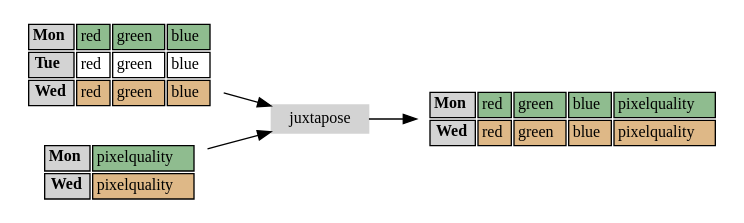
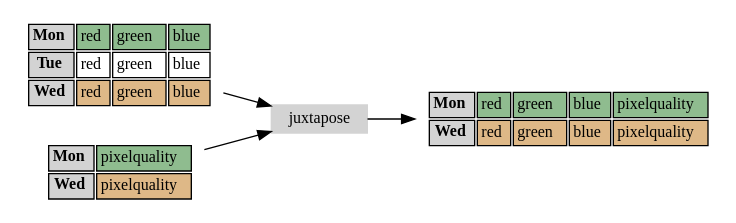
One commit to uchchwhash/virtual-product-showcase changed the diagram in juxtapose.dot. Above: the diagram before and after it, drawn with Graphviz. The commit also changed 7 other files, not shown here.

```diff
--- a/juxtapose.dot
+++ b/juxtapose.dot
@@ -1,60 +1,60 @@
 digraph G {
     rankdir=LR;
-    node [fontname="Bookman", fontsize=12];
+    node [fontname="Bookman; Helvetica", fontsize=12];
     prod1 [shape=plaintext, label=<
     <table border="0" cellborder="1">
     <tr>
     <td bgcolor="lightgray"><b>Mon</b></td>
     <td bgcolor="darkseagreen">red</td>
     <td bgcolor="darkseagreen">green</td>
     <td bgcolor="darkseagreen">blue</td>
     </tr>
     <tr>
     <td bgcolor="lightgray"><b>Tue</b></td>
     <td>red</td>
     <td>green</td>
     <td>blue</td>
     </tr>
     <tr>
     <td bgcolor="lightgray"><b>Wed</b></td>
     <td bgcolor="burlywood">red</td>
     <td bgcolor="burlywood">green</td>
     <td bgcolor="burlywood">blue</td>
     </tr>
     </table>
     >];
     prod2 [shape=plaintext, label=<
     <table border="0" cellborder="1">
     <tr>
     <td bgcolor="lightgray"><b>Mon</b></td>
     <td bgcolor="darkseagreen">pixelquality</td>
     </tr>
     <tr>
     <td bgcolor="lightgray"><b>Wed</b></td>
     <td bgcolor="burlywood">pixelquality</td>
     </tr>
     </table>
     >];
     juxtapose [shape=box, style=filled, color="lightgray", height=0.2];
     prod1 -> juxtapose;
     prod2 -> juxtapose;
     prod12 [shape=plaintext, label=<
     <table border="0" cellborder="1">
     <tr>
     <td bgcolor="lightgray"><b>Mon</b></td>
     <td bgcolor="darkseagreen">red</td>
     <td bgcolor="darkseagreen">green</td>
     <td bgcolor="darkseagreen">blue</td>
     <td bgcolor="darkseagreen">pixelquality</td>
     </tr>
     <tr>
     <td bgcolor="lightgray"><b>Wed</b></td>
     <td bgcolor="burlywood">red</td>
     <td bgcolor="burlywood">green</td>
     <td bgcolor="burlywood">blue</td>
     <td bgcolor="burlywood">pixelquality</td>
     </tr>
     </table>
     >];
     juxtapose -> prod12;
 }
```
